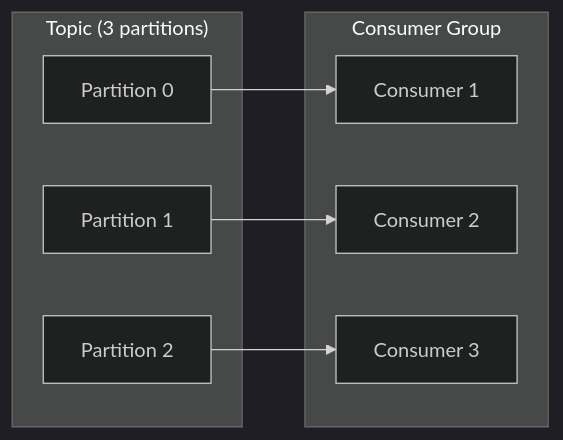
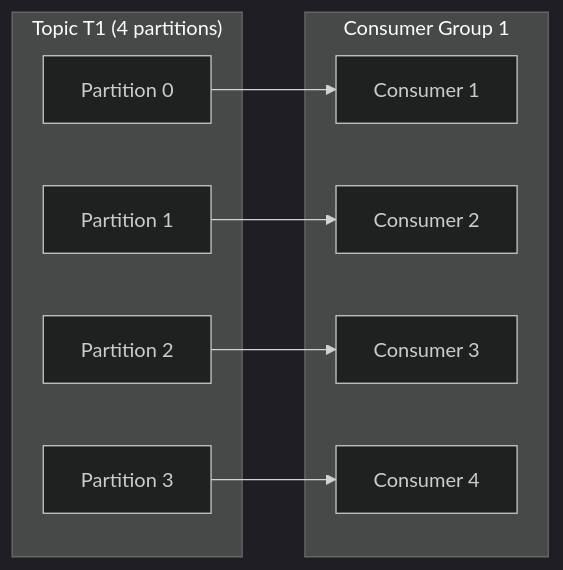
The fifth of 6 diagrams in _posts/2018-08-13-kafka-topics-and-partitions-explained.md (mrsrinivas/mrsrinivas.github.io), drawn with Mermaid (dark theme) before and after one commit. The commit also changed other lines of this file and 2 other files, not shown here.

First line of the commit message:
Fix Kafka diagrams and convert Spark + volatile/static SVGs to Mermaid

````diff
--- a/_posts/2018-08-13-kafka-topics-and-partitions-explained.md
+++ b/_posts/2018-08-13-kafka-topics-and-partitions-explained.md
@@ -117,16 +155,19 @@
 ```mermaid
 flowchart LR
-    subgraph Topic["Topic (3 partitions)"]
+    subgraph Topic["Topic T1 (4 partitions)"]
         P0["Partition 0"]
         P1["Partition 1"]
         P2["Partition 2"]
+        P3["Partition 3"]
     end
-    subgraph Group["Consumer Group"]
+    subgraph Group["Consumer Group 1"]
         C1["Consumer 1"]
         C2["Consumer 2"]
         C3["Consumer 3"]
+        C4["Consumer 4"]
     end
     P0 --> C1
     P1 --> C2
     P2 --> C3
+    P3 --> C4
 ```
````
